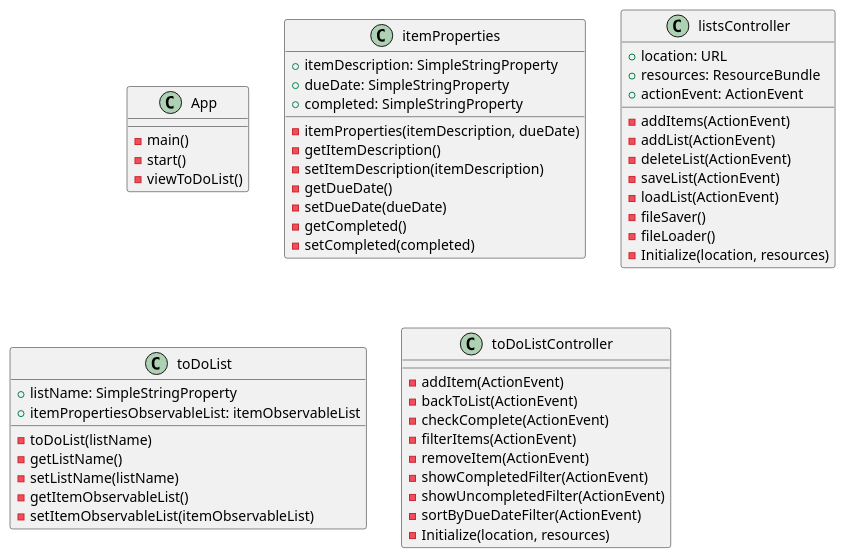
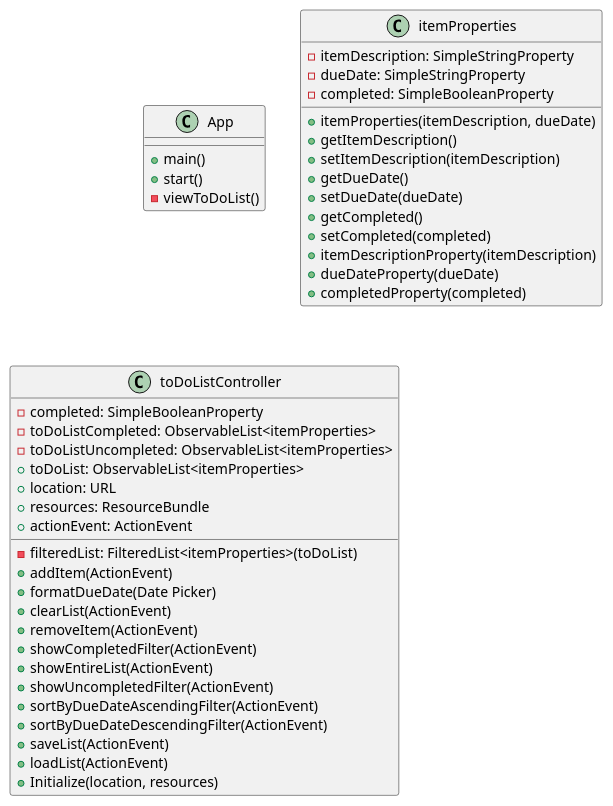
Before and after one commit to e4s70f3d3n/gui-based-task-manager: the diagram in uml/assignment4.puml, drawn with PlantUML. The commit also changed 9 other files, not shown here.

Commit message:
uml update

```diff
--- a/uml/assignment4.puml
+++ b/uml/assignment4.puml
@@ -1,63 +1,59 @@
 @startuml
 'https://plantuml.com/class-diagram
 
 Class App {
-- main()
-- start()
++ main()
++ start()
 - viewToDoList()
 }
 
 class itemProperties {
-    + itemDescription: SimpleStringProperty
-    + dueDate: SimpleStringProperty
-    + completed: SimpleStringProperty
+    - itemDescription: SimpleStringProperty
+    - dueDate: SimpleStringProperty
+    - completed: SimpleBooleanProperty
 
-    - itemProperties(itemDescription, dueDate)
-    - getItemDescription()
-    - setItemDescription(itemDescription)
-    - getDueDate()
-    - setDueDate(dueDate)
-    - getCompleted()
-    - setCompleted(completed)
-}
-
-class listsController {
-+ location: URL
-+ resources: ResourceBundle
-+ actionEvent: ActionEvent
-
-- addItems(ActionEvent)
-- addList(ActionEvent)
-- deleteList(ActionEvent)
-- saveList(ActionEvent)
-- loadList(ActionEvent)
-- fileSaver()
-- fileLoader()
-- Initialize(location, resources)
-}
-
-class toDoList {
-    + listName: SimpleStringProperty
-    + itemPropertiesObservableList: itemObservableList
-
-    - toDoList(listName)
-    - getListName()
-    - setListName(listName)
-    - getItemObservableList()
-    - setItemObservableList(itemObservableList)
+    + itemProperties(itemDescription, dueDate)
+    + getItemDescription()
+    + setItemDescription(itemDescription)
+    + getDueDate()
+    + setDueDate(dueDate)
+    + getCompleted()
+    + setCompleted(completed)
+    + itemDescriptionProperty(itemDescription)
+    + dueDateProperty(dueDate)
+    + completedProperty(completed)
 }
 
 class toDoListController {
-    - addItem(ActionEvent)
-    - backToList(ActionEvent)
-    - checkComplete(ActionEvent)
-    - filterItems(ActionEvent)
-    - removeItem(ActionEvent)
-    - showCompletedFilter(ActionEvent)
-    - showUncompletedFilter(ActionEvent)
-    - sortByDueDateFilter(ActionEvent)
-    - Initialize(location, resources)
+    - completed: SimpleBooleanProperty
+    - toDoListCompleted: ObservableList<itemProperties>
+    - toDoListUncompleted: ObservableList<itemProperties>
+    + toDoList: ObservableList<itemProperties>
+    + location: URL
+    + resources: ResourceBundle
+    + actionEvent: ActionEvent
+
+    - filteredList: FilteredList<itemProperties>(toDoList)
+    + addItem(ActionEvent)
+    + formatDueDate(Date Picker)
+    + clearList(ActionEvent)
+    + removeItem(ActionEvent)
+    + showCompletedFilter(ActionEvent)
+    + showEntireList(ActionEvent)
+    + showUncompletedFilter(ActionEvent)
+    + sortByDueDateAscendingFilter(ActionEvent)
+    + sortByDueDateDescendingFilter(ActionEvent)
+    + saveList(ActionEvent)
+    + loadList(ActionEvent)
+    + Initialize(location, resources)
+
+}
+
+class toDoListController {
+
+
+
 }
 
 
 @enduml
```
